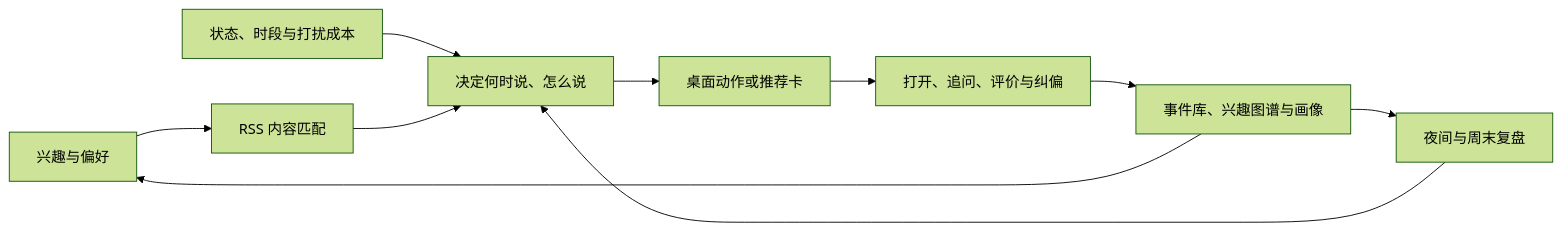
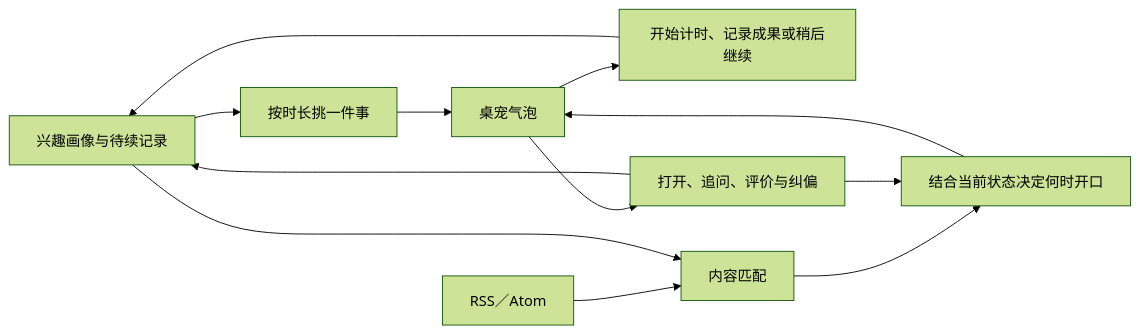
Before and after one commit to lanszdg/Elf-buddy: the diagram in README.md, drawn with Mermaid (forest theme). The commit also changed other lines of this file and 33 other files, not shown here.

````diff
--- a/README.md
+++ b/README.md
@@ -42,12 +64,14 @@
 ```mermaid
 flowchart LR
-    Interests["兴趣与偏好"] --> Match["RSS 内容匹配"]
-    State["状态、时段与打扰成本"] --> Timing["决定何时说、怎么说"]
-    Match --> Timing
-    Timing --> Pet["桌面动作或推荐卡"]
-    Pet --> Reply["打开、追问、评价与纠偏"]
-    Reply --> Memory["事件库、兴趣图谱与画像"]
-    Memory --> Interests
-    Memory --> Review["夜间与周末复盘"]
+    Profile["兴趣画像与待续记录"] --> Plan["按时长挑一件事"]
+    Plan --> Pet["桌宠气泡"]
+    Pet --> Activity["开始计时、记录成果或稍后继续"]
+    Activity --> Profile
+    RSS["RSS／Atom"] --> Rank["内容匹配"]
+    Profile --> Rank
+    Rank --> Timing["结合当前状态决定何时开口"]
+    Timing --> Pet
+    Pet --> Review["打开、追问、评价与纠偏"]
+    Review --> Profile
     Review --> Timing
 ```
````
